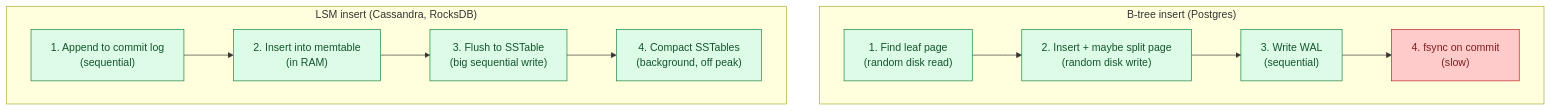
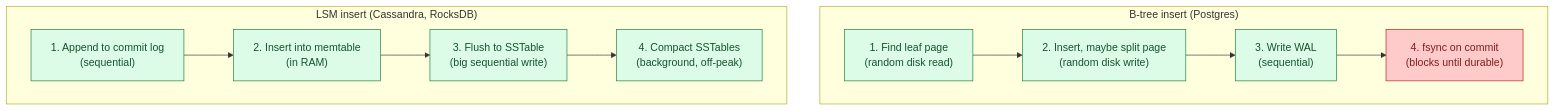
The fifth of 12 diagrams in problems/018-write-heavy-patterns/question.md (shiningflash/system-design), drawn with Mermaid before and after one commit. The commit also changed other lines of this file and 37 other files, not shown here.

````diff
--- a/problems/018-write-heavy-patterns/question.md
+++ b/problems/018-write-heavy-patterns/question.md
@@ -232,22 +167,22 @@
 ```mermaid
 flowchart TB
     subgraph BTree["B-tree insert (Postgres)"]
         BW1["1. Find leaf page<br/>(random disk read)"]:::app
-        BW2["2. Insert + maybe split page<br/>(random disk write)"]:::app
+        BW2["2. Insert, maybe split page<br/>(random disk write)"]:::app
         BW3["3. Write WAL<br/>(sequential)"]:::app
-        BW4["4. fsync on commit<br/>(slow)"]:::bad
+        BW4["4. fsync on commit<br/>(blocks until durable)"]:::bad
         BW1 --> BW2 --> BW3 --> BW4
     end
 
     subgraph LSM["LSM insert (Cassandra, RocksDB)"]
         LW1["1. Append to commit log<br/>(sequential)"]:::app
         LW2["2. Insert into memtable<br/>(in RAM)"]:::app
         LW3["3. Flush to SSTable<br/>(big sequential write)"]:::app
-        LW4["4. Compact SSTables<br/>(background, off peak)"]:::ok
+        LW4["4. Compact SSTables<br/>(background, off-peak)"]:::ok
         LW1 --> LW2 --> LW3 --> LW4
     end
 
     classDef app fill:#dcfce7,stroke:#15803d,color:#14532d
     classDef ok  fill:#dcfce7,stroke:#15803d,color:#14532d
     classDef bad fill:#fecaca,stroke:#b91c1c,color:#7f1d1d
 ```
````
